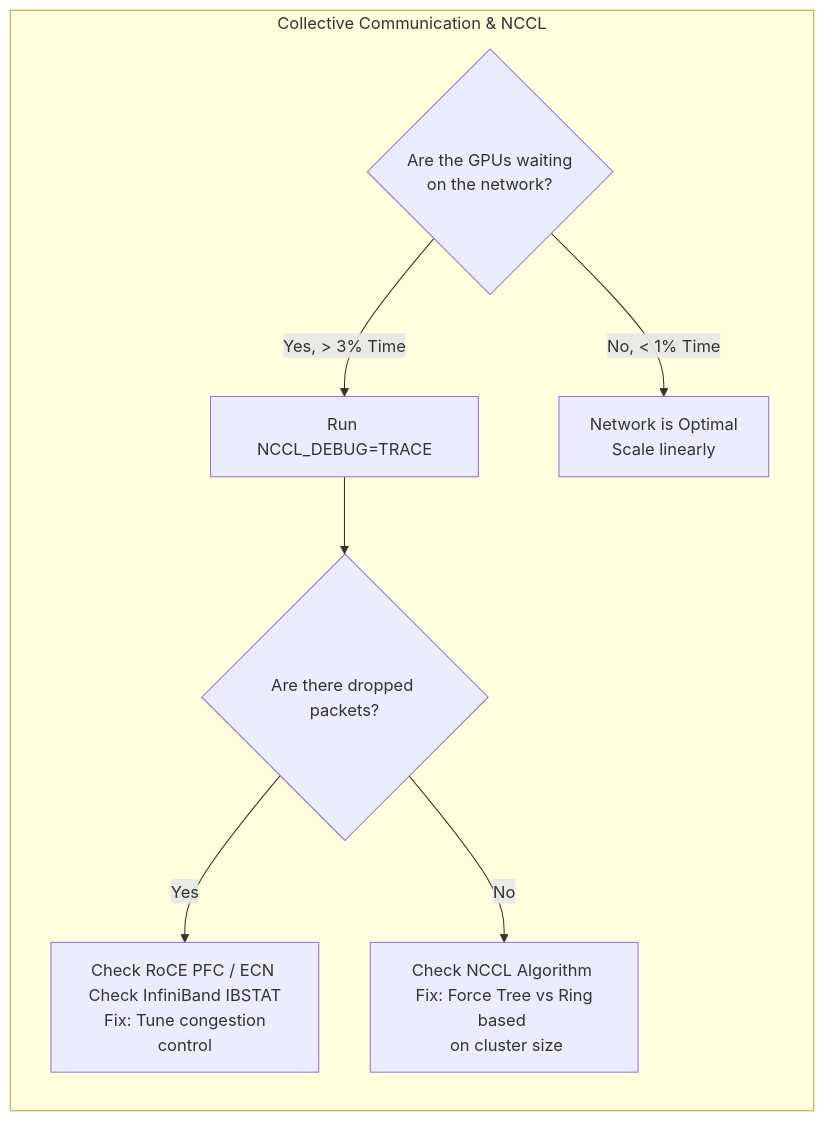
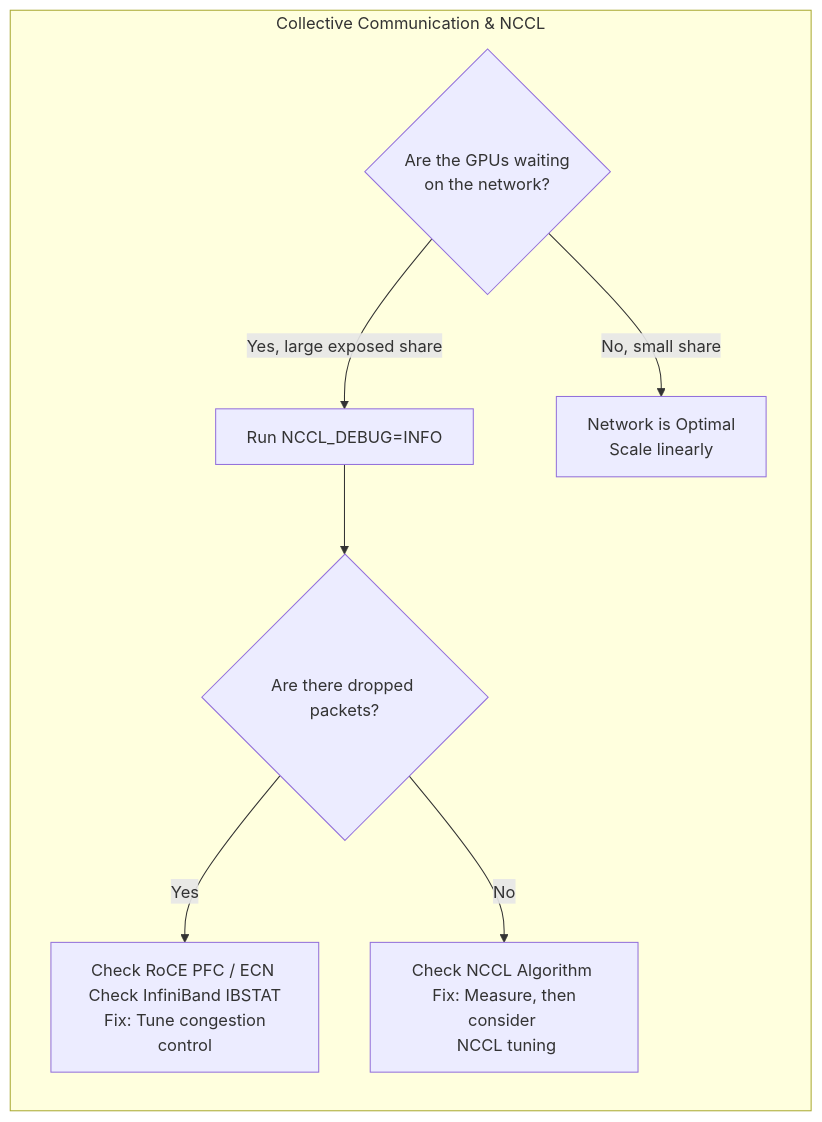
The diagram in docs/nvidia-zero-to-hero/volume-21/chapter-03-high-speed-networking-architecture.md (jithinpnjm/nvidia-devops), drawn with Mermaid before and after one commit. The commit also changed other lines of this file and 289 other files, not shown here.

````diff
--- a/docs/nvidia-zero-to-hero/volume-21/chapter-03-high-speed-networking-architecture.md
+++ b/docs/nvidia-zero-to-hero/volume-21/chapter-03-high-speed-networking-architecture.md
@@ -528,16 +417,16 @@
 ```mermaid
 flowchart TD
     subgraph The_Communication_Tax["Collective Communication & NCCL"]
         direction TB
         
         Q1{"Are the GPUs waiting <br/> on the network?"}
         
-        Q1 -->|Yes, > 3% Time| Trace[Run NCCL_DEBUG=TRACE]
-        Q1 -->|No, < 1% Time| Health[Network is Optimal <br/> Scale linearly]
+        Q1 -->|Yes, large exposed share| Trace[Run NCCL_DEBUG=INFO]
+        Q1 -->|No, small share| Health[Network is Optimal <br/> Scale linearly]
         
         Trace --> Q2{"Are there dropped packets?"}
         
         Q2 -->|Yes| PFC[Check RoCE PFC / ECN <br/> Check InfiniBand IBSTAT <br/> Fix: Tune congestion control]
-        Q2 -->|No| Algo[Check NCCL Algorithm <br/> Fix: Force Tree vs Ring based <br/> on cluster size]
+        Q2 -->|No| Algo[Check NCCL Algorithm <br/> Fix: Measure, then consider <br/> NCCL tuning]
     end
 ```
````
